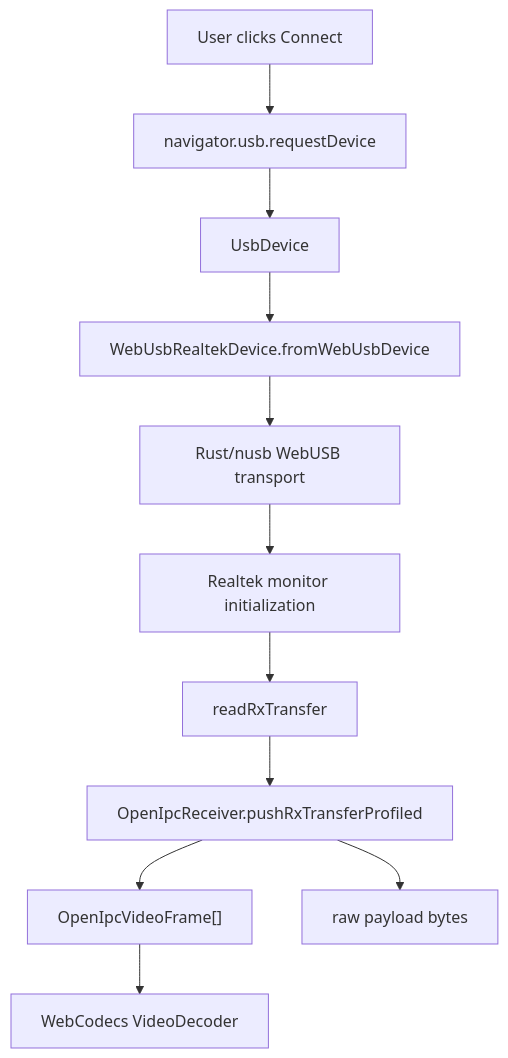
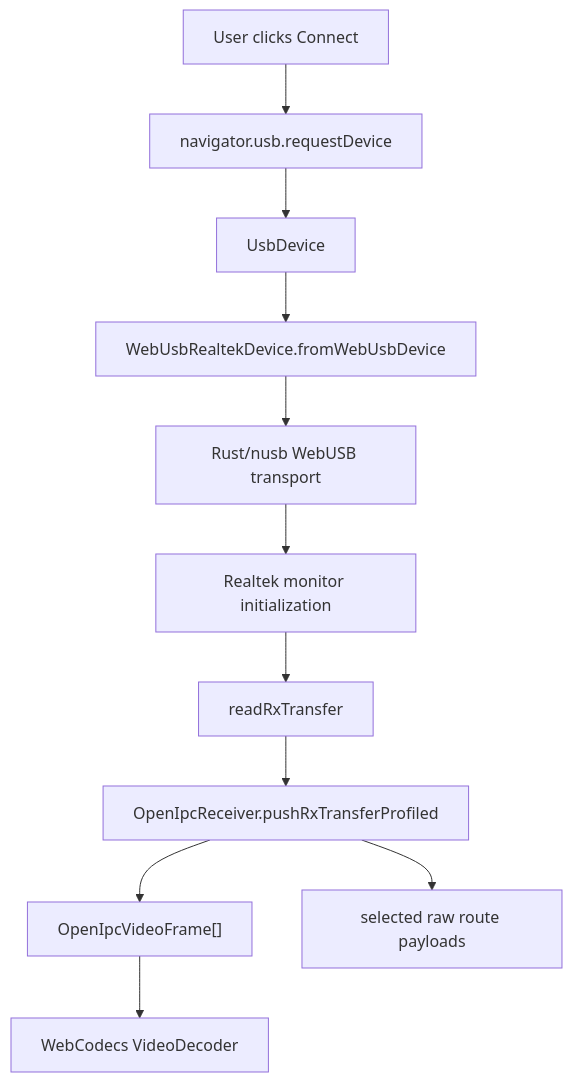
The diagram in docs/docs/web-wasm.md (neelsani/openipc-rs), drawn with Mermaid before and after one commit. The commit also changed other lines of this file and 83 other files, not shown here.

````diff
--- a/docs/docs/web-wasm.md
+++ b/docs/docs/web-wasm.md
@@ -32,13 +32,13 @@
 ```mermaid
 flowchart TD
     A["User clicks Connect"] --> B["navigator.usb.requestDevice"]
     B --> C["UsbDevice"]
     C --> D["WebUsbRealtekDevice.fromWebUsbDevice"]
     D --> E["Rust/nusb WebUSB transport"]
     E --> F["Realtek monitor initialization"]
     F --> G["readRxTransfer"]
     G --> H["OpenIpcReceiver.pushRxTransferProfiled"]
     H --> I["OpenIpcVideoFrame[]"]
     I --> J["WebCodecs VideoDecoder"]
-    H --> K["raw payload bytes"]
+    H --> K["selected raw route payloads"]
 ```
````
